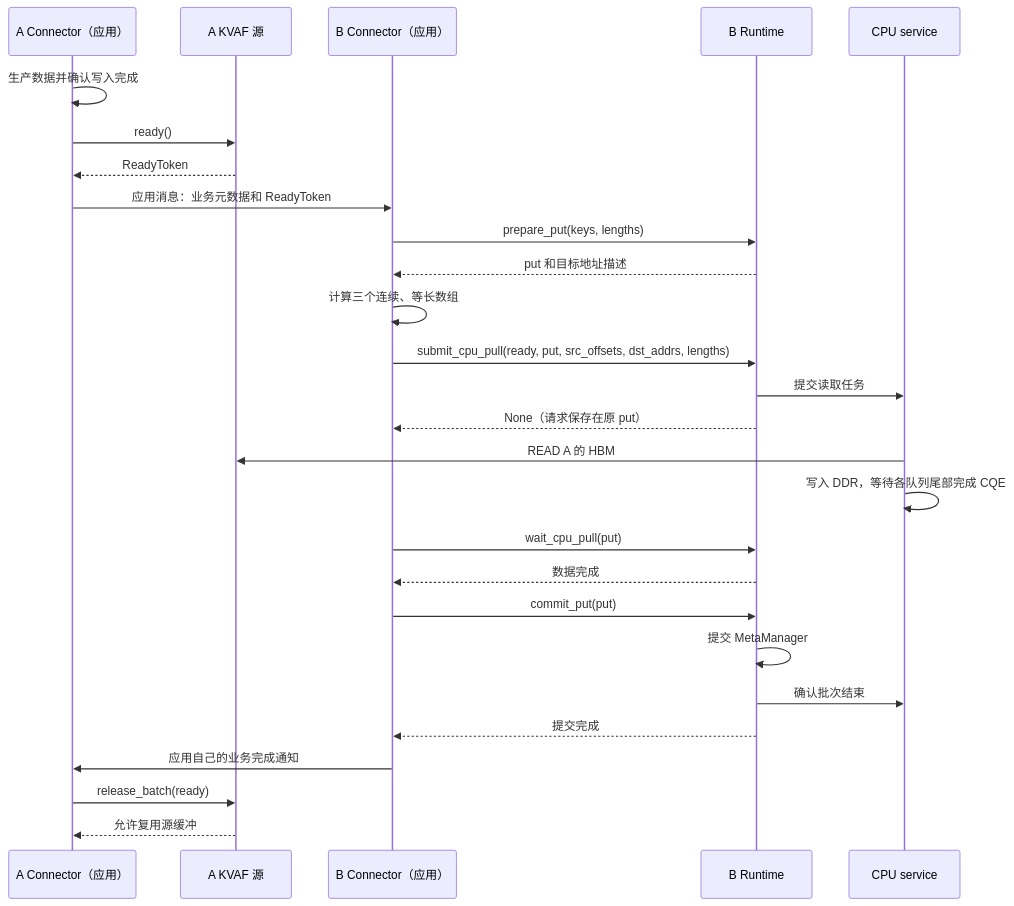
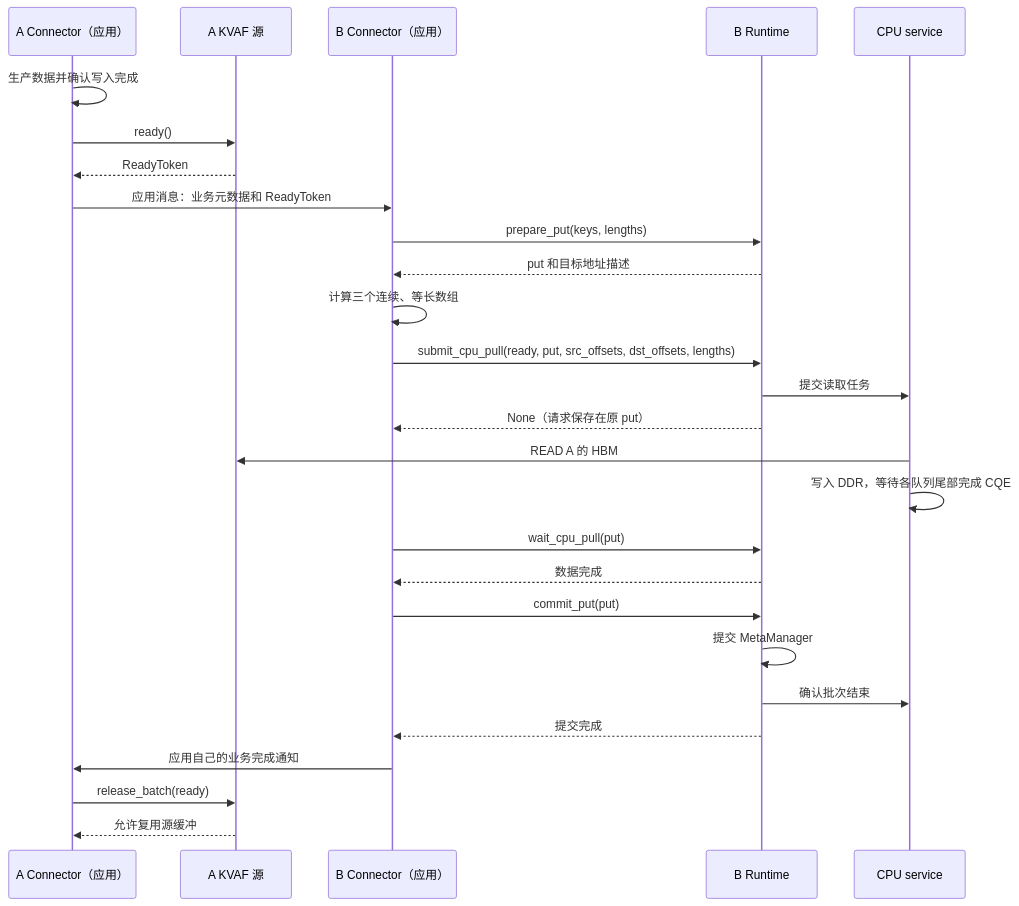
One commit to zxdgongjue-spec/KVAF changed the first of 2 diagrams in docs/connector_pull_api_design.md. Above: the diagram before and after it, drawn with Mermaid. The commit also changed other lines of this file and 18 other files, not shown here.

First line of the commit message:
feat: unify CPU pull batch API and benchmark profiling

````diff
--- a/docs/connector_pull_api_design.md
+++ b/docs/connector_pull_api_design.md
@@ -391,30 +397,30 @@
 ```mermaid
 sequenceDiagram
     participant AC as A Connector（应用）
     participant AS as A KVAF 源
     participant BC as B Connector（应用）
     participant BR as B Runtime
     participant CPU as CPU service
 
     AC->>AC: 生产数据并确认写入完成
     AC->>AS: ready()
     AS-->>AC: ReadyToken
     AC->>BC: 应用消息：业务元数据和 ReadyToken
     BC->>BR: prepare_put(keys, lengths)
     BR-->>BC: put 和目标地址描述
     BC->>BC: 计算三个连续、等长数组
-    BC->>BR: submit_cpu_pull(ready, put, src_offsets, dst_addrs, lengths)
+    BC->>BR: submit_cpu_pull(ready, put, src_offsets, dst_offsets, lengths)
     BR->>CPU: 提交读取任务
     BR-->>BC: None（请求保存在原 put）
     CPU->>AS: READ A 的 HBM
     CPU->>CPU: 写入 DDR，等待各队列尾部完成 CQE
     BC->>BR: wait_cpu_pull(put)
     BR-->>BC: 数据完成
     BC->>BR: commit_put(put)
     BR->>BR: 提交 MetaManager
     BR->>CPU: 确认批次结束
     BR-->>BC: 提交完成
     BC->>AC: 应用自己的业务完成通知
     AC->>AS: release_batch(ready)
     AS-->>AC: 允许复用源缓冲
 ```
````
